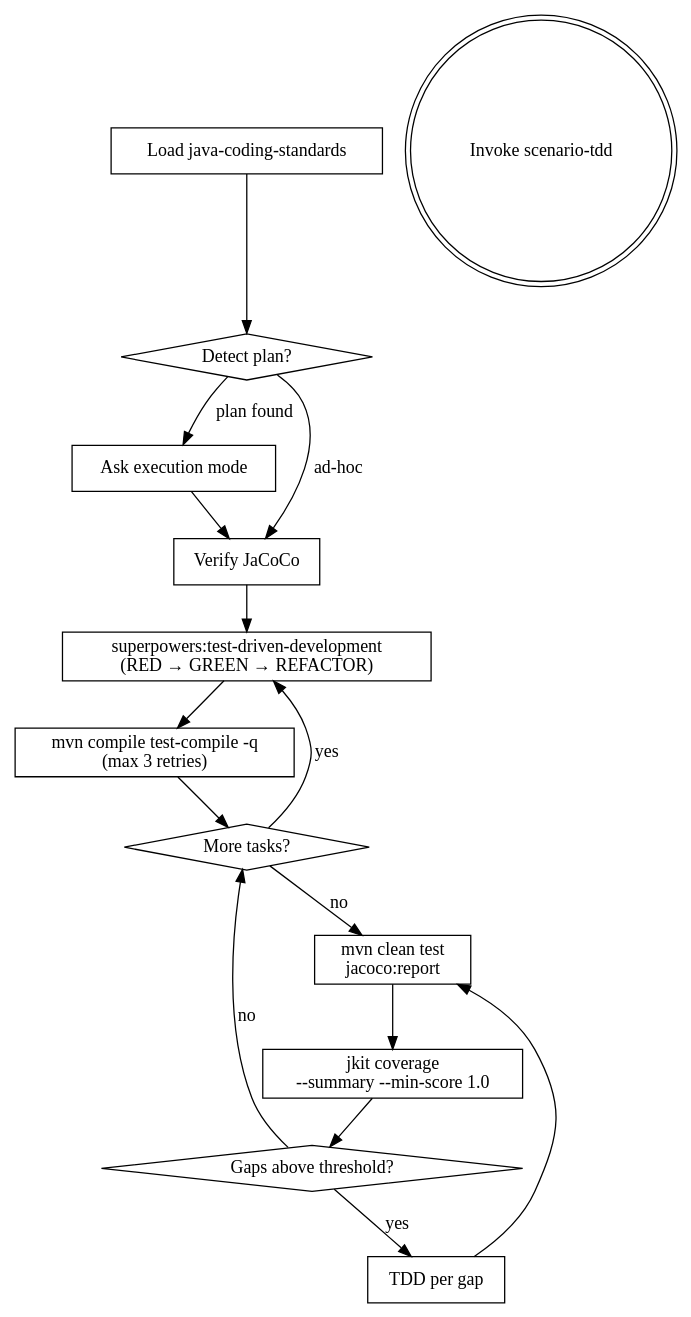
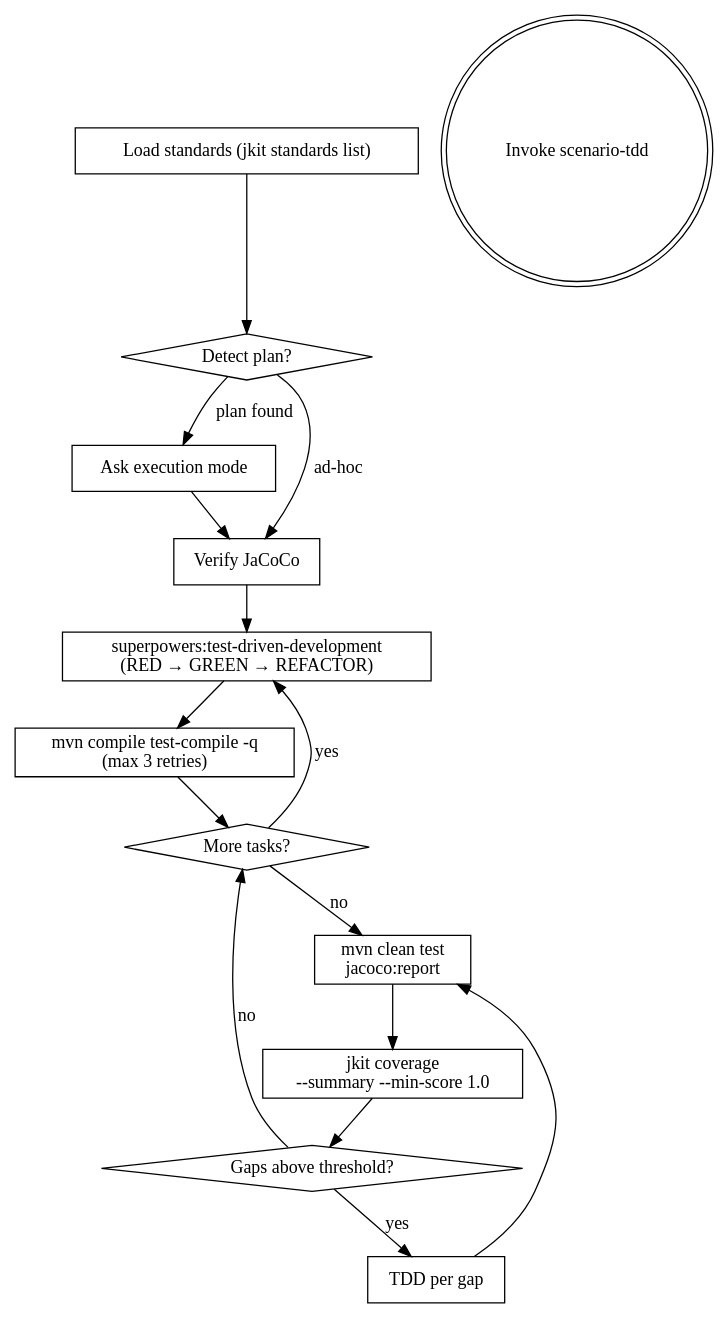
One commit to honghaowuu/jkit changed the third of 3 diagrams in docs/superpowers/specs/2026-04-21-jkit-iter2-core-loop.md. Above: the diagram before and after it, drawn with Graphviz. The commit also changed other lines of this file and 3 other files, not shown here.

First line of the commit message:
docs: update iter spec/plan citations to jkit standards list

````diff
--- a/docs/superpowers/specs/2026-04-21-jkit-iter2-core-loop.md
+++ b/docs/superpowers/specs/2026-04-21-jkit-iter2-core-loop.md
@@ -484,31 +484,31 @@
 ```dot
 digraph java_tdd {
-    "Load java-coding-standards" [shape=box];
+    "Load standards (jkit standards list)" [shape=box];
     "Detect plan?" [shape=diamond];
     "Ask execution mode" [shape=box];
     "Verify JaCoCo" [shape=box];
     "superpowers:test-driven-development\n(RED → GREEN → REFACTOR)" [shape=box];
     "mvn compile test-compile -q\n(max 3 retries)" [shape=box];
     "mvn clean test\njacoco:report" [shape=box];
     "jkit coverage\n--summary --min-score 1.0" [shape=box];
     "Gaps above threshold?" [shape=diamond];
     "TDD per gap" [shape=box];
     "More tasks?" [shape=diamond];
     "Invoke scenario-tdd" [shape=doublecircle];
 
-    "Load java-coding-standards" -> "Detect plan?";
+    "Load standards (jkit standards list)" -> "Detect plan?";
     "Detect plan?" -> "Ask execution mode" [label="plan found"];
     "Detect plan?" -> "Verify JaCoCo" [label="ad-hoc"];
     "Ask execution mode" -> "Verify JaCoCo";
     "Verify JaCoCo" -> "superpowers:test-driven-development\n(RED → GREEN → REFACTOR)";
     "superpowers:test-driven-development\n(RED → GREEN → REFACTOR)" -> "mvn compile test-compile -q\n(max 3 retries)";
     "mvn compile test-compile -q\n(max 3 retries)" -> "More tasks?";
     "mvn clean test\njacoco:report" -> "jkit coverage\n--summary --min-score 1.0";
     "jkit coverage\n--summary --min-score 1.0" -> "Gaps above threshold?";
     "Gaps above threshold?" -> "TDD per gap" [label="yes"];
     "TDD per gap" -> "mvn clean test\njacoco:report";
     "Gaps above threshold?" -> "More tasks?" [label="no"];
     "More tasks?" -> "superpowers:test-driven-development\n(RED → GREEN → REFACTOR)" [label="yes"];
     "More tasks?" -> "mvn clean test\njacoco:report" [label="no"];
 }
 ```
````
